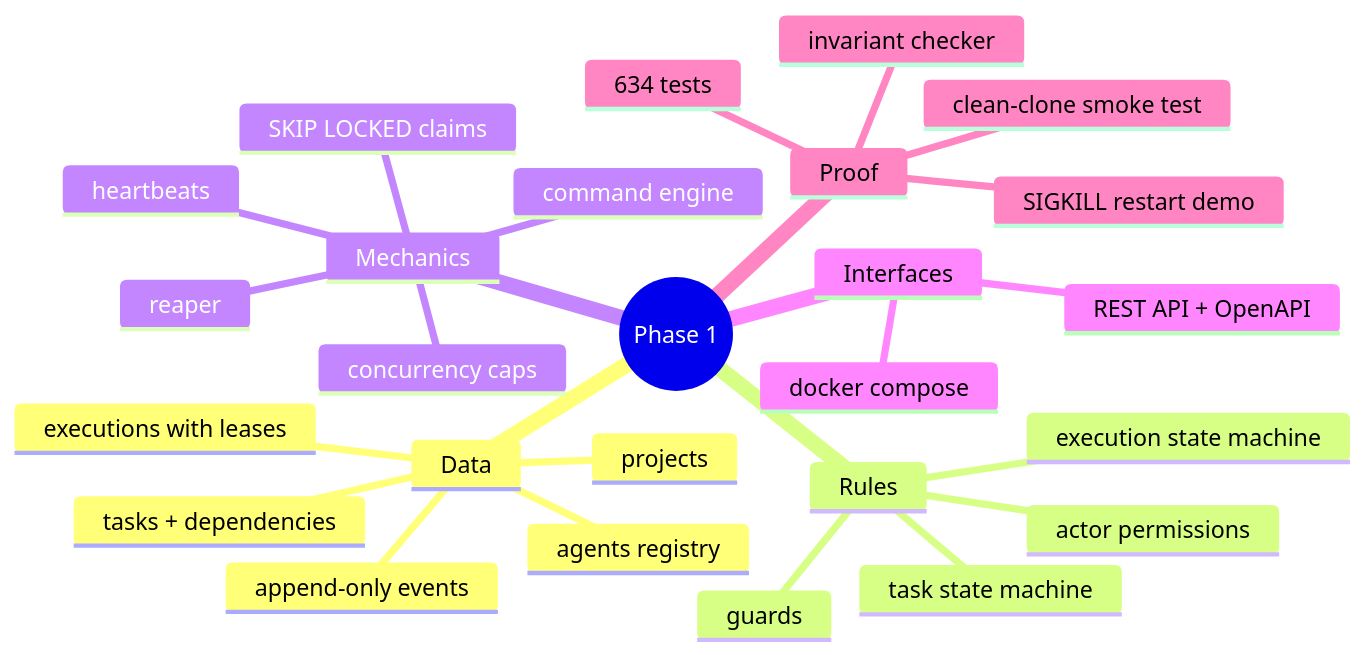
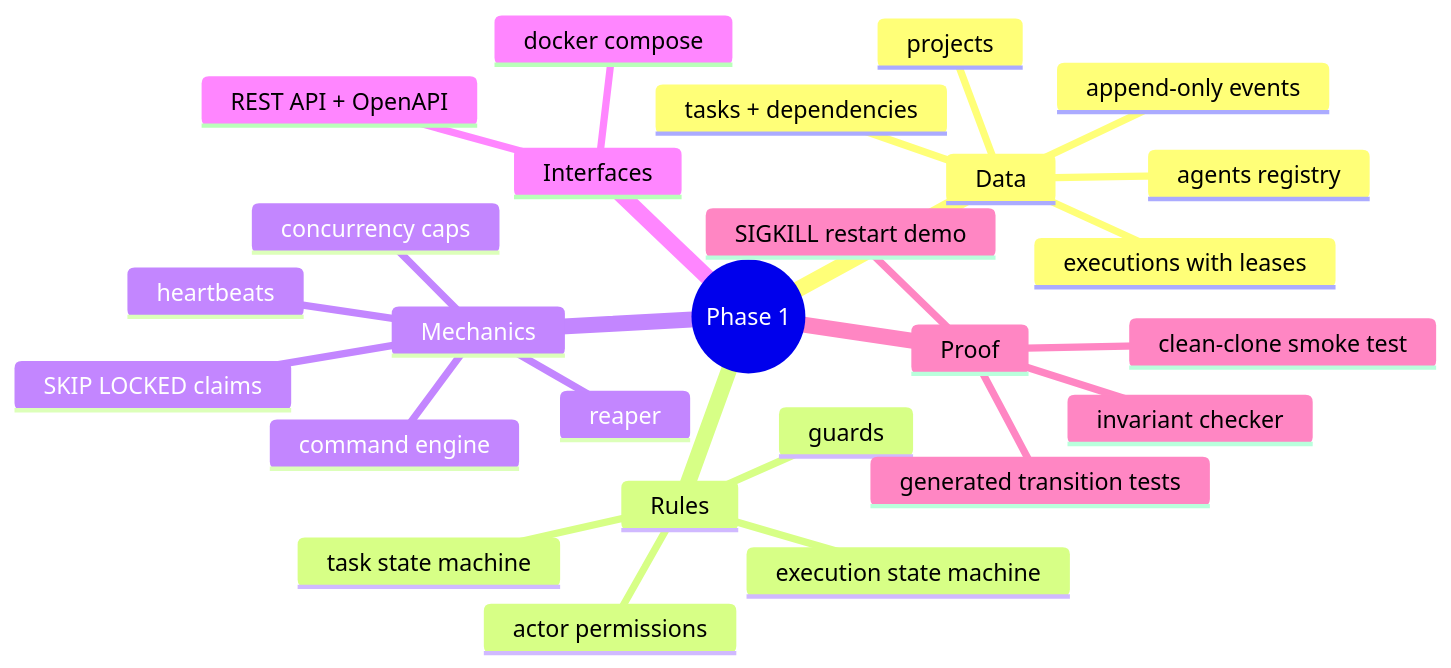
One commit to bharathcmbox/axiom changed the fifth of 5 diagrams in docs/guide/01-big-picture.md. Above: the diagram before and after it, drawn with Mermaid. The commit also changed other lines of this file and 18 other files, not shown here.

````diff
--- a/docs/guide/01-big-picture.md
+++ b/docs/guide/01-big-picture.md
@@ -90,29 +90,29 @@
 ```mermaid
 mindmap
   root((Phase 1))
     Data
       projects
       agents registry
       tasks + dependencies
       executions with leases
       append-only events
     Rules
       task state machine
       execution state machine
       actor permissions
       guards
     Mechanics
       command engine
       SKIP LOCKED claims
       concurrency caps
       heartbeats
       reaper
     Interfaces
       REST API + OpenAPI
       docker compose
     Proof
-      634 tests
+      generated transition tests
       invariant checker
       SIGKILL restart demo
       clean-clone smoke test
 ```
````
